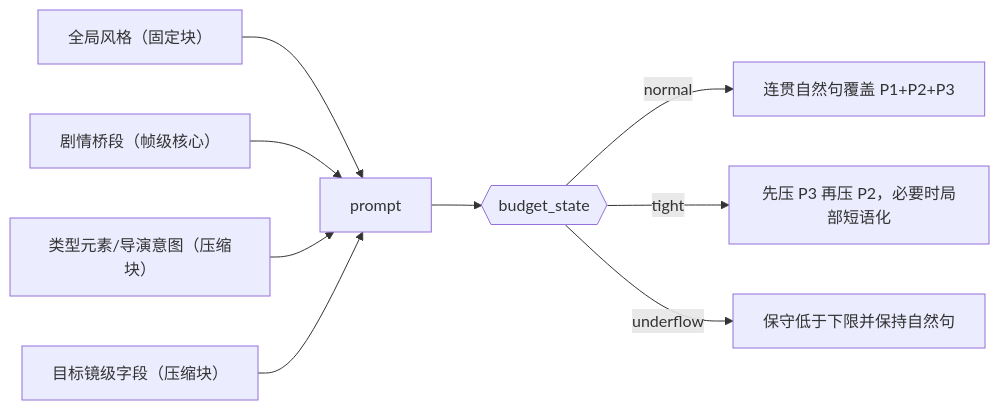
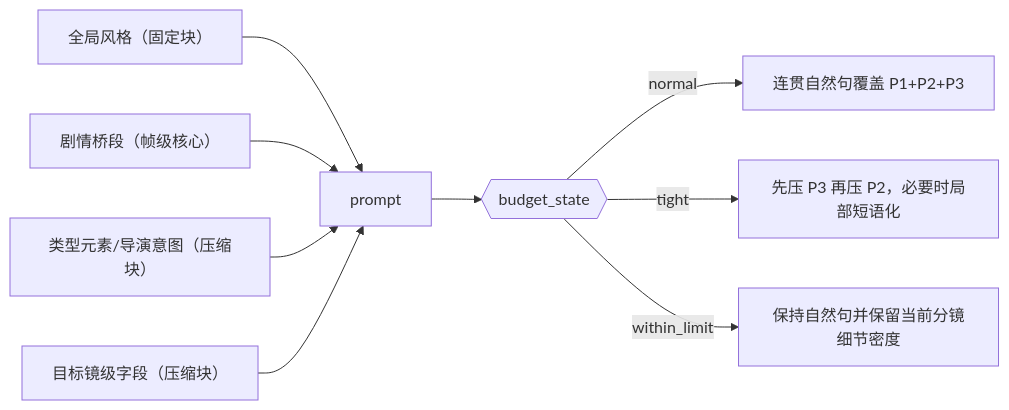
One commit to ZEN-VOID/AI-CUT changed the third of 4 diagrams in .agents/skills/aigc/6-Video/1-提示词蒸馏/首帧参照/SKILL.md. Above: the diagram before and after it, drawn with Mermaid. The commit also changed other lines of this file and 244 other files, not shown here.

````diff
--- a/.agents/skills/aigc/6-Video/1-提示词蒸馏/首帧参照/SKILL.md
+++ b/.agents/skills/aigc/6-Video/1-提示词蒸馏/首帧参照/SKILL.md
@@ -241,11 +255,11 @@
 ```mermaid
 flowchart LR
     A["全局风格（固定块）"] --> E["prompt"]
     B["剧情桥段（帧级核心）"] --> E
     C["类型元素/导演意图（压缩块）"] --> E
     D["目标镜级字段（压缩块）"] --> E
     E --> F{{"budget_state"}}
     F -->|"normal"| G["连贯自然句覆盖 P1+P2+P3"]
     F -->|"tight"| H["先压 P3 再压 P2，必要时局部短语化"]
-    F -->|"underflow"| I["保守低于下限并保持自然句"]
+    F -->|"within_limit"| I["保持自然句并保留当前分镜细节密度"]
 ```
````
